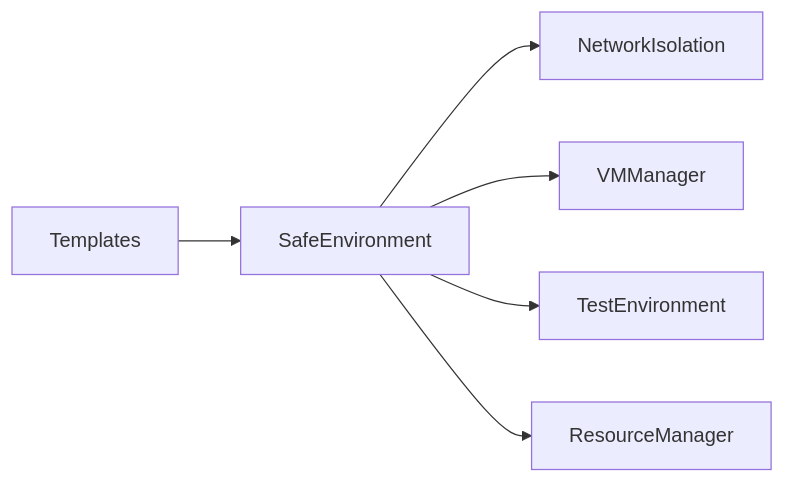
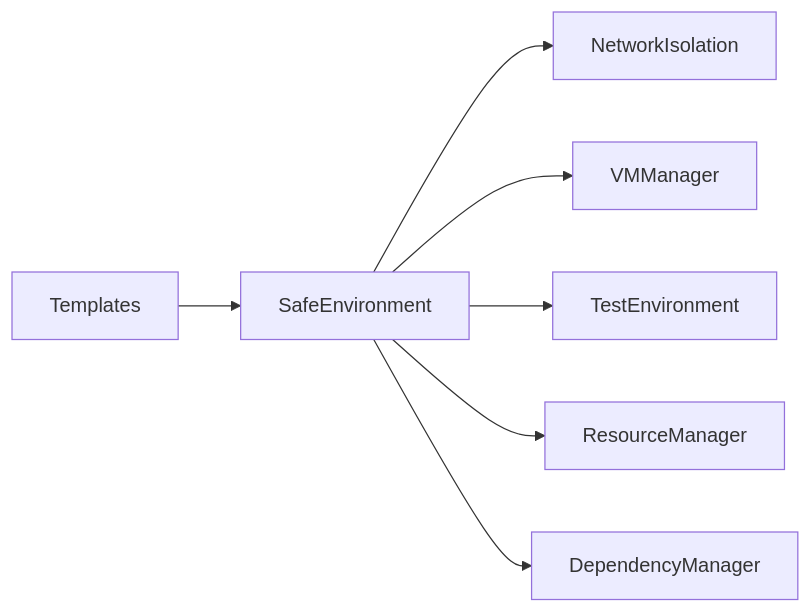
One commit to GriffinCanCode/safespace changed the second of 2 diagrams in README.md. Above: the diagram before and after it, drawn with Mermaid. The commit also changed other lines of this file and 14 other files, not shown here.

Commit message:
Built dependency manager

````diff
--- a/README.md
+++ b/README.md
@@ -111,8 +144,9 @@
 ```mermaid
 graph LR
     A[SafeEnvironment] --> B[NetworkIsolation]
     A --> C[VMManager]
     A --> D[TestEnvironment]
     A --> E[ResourceManager]
-    F[Templates] --> A
+    A --> F[DependencyManager]
+    G[Templates] --> A
 ```
````
